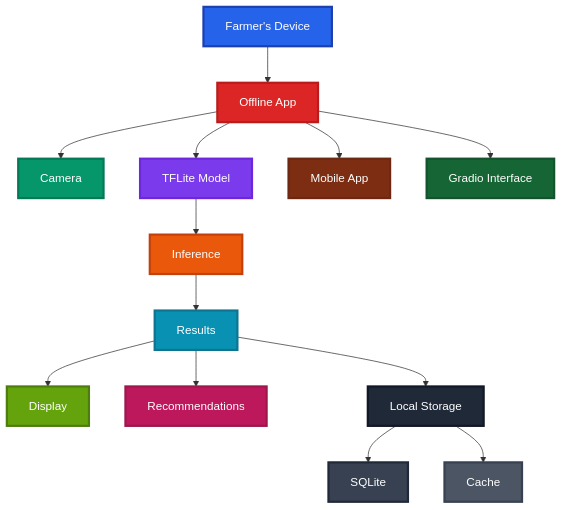
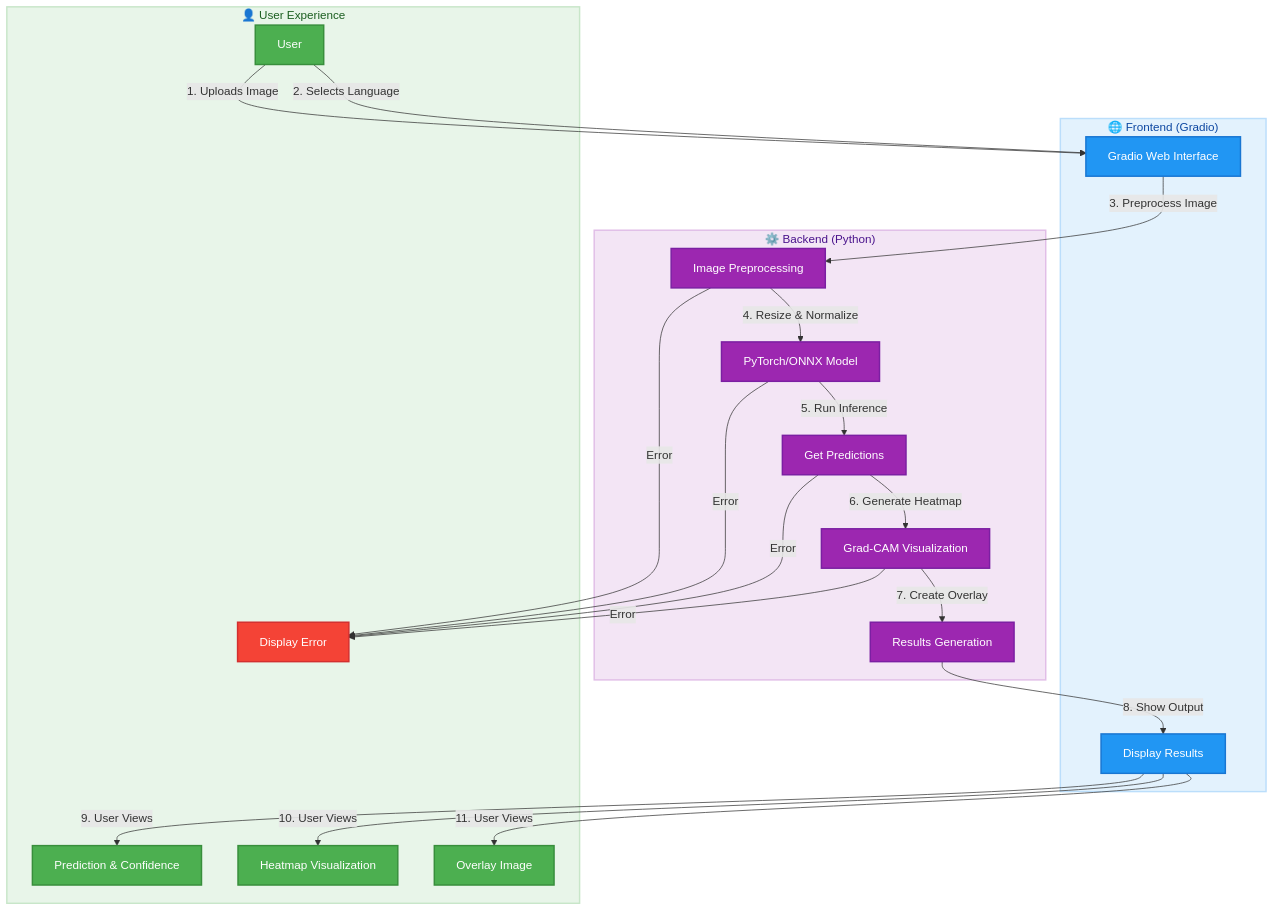
Before and after one commit to VIKAS9793/KrishiRakshak-2.0: the first of 4 diagrams in docs/ARCHITECTURE.md, drawn with Mermaid. The commit also changed other lines of this file and 5 other files, not shown here.

First line of the commit message:
docs: enhance architecture and quickstart documentation with detailed AI/ML explanations and visualizations

````diff
--- a/docs/ARCHITECTURE.md
+++ b/docs/ARCHITECTURE.md
@@ -26,30 +96,67 @@
 ```mermaid
-graph TD
-    A[Farmer's Device] --> B[Offline App]
-    B --> C[Camera]
-    B --> D[TFLite Model]
-    D --> E[Inference]
-    E --> F[Results]
-    F --> G[Display]
-    F --> H[Recommendations]
-    F --> I[Local Storage]
+flowchart TD
+    %% User Interaction
+    A[User] -->|1. Uploads Image| B[Gradio Web Interface]
+    A -->|2. Selects Language| B
     
-    I --> J[SQLite]
-    I --> K[Cache]
-    B --> L[Mobile App]
-    B --> M[Gradio Interface]
-
-    style A fill:#2563eb,stroke:#1e40af,stroke-width:3px,color:#ffffff
-    style B fill:#dc2626,stroke:#b91c1c,stroke-width:3px,color:#ffffff
-    style C fill:#059669,stroke:#047857,stroke-width:3px,color:#ffffff
-    style D fill:#7c3aed,stroke:#6d28d9,stroke-width:3px,color:#ffffff
-    style E fill:#ea580c,stroke:#c2410c,stroke-width:3px,color:#ffffff
-    style F fill:#0891b2,stroke:#0e7490,stroke-width:3px,color:#ffffff
-    style G fill:#65a30d,stroke:#4d7c0f,stroke-width:3px,color:#ffffff
-    style H fill:#be185d,stroke:#9d174d,stroke-width:3px,color:#ffffff
-    style I fill:#1f2937,stroke:#111827,stroke-width:3px,color:#ffffff
-    style J fill:#374151,stroke:#1f2937,stroke-width:3px,color:#ffffff
-    style K fill:#4b5563,stroke:#374151,stroke-width:3px,color:#ffffff
-    style L fill:#7c2d12,stroke:#6b2914,stroke-width:3px,color:#ffffff
-    style M fill:#166534,stroke:#14532d,stroke-width:3px,color:#ffffff
+    %% Frontend Processing
+    B -->|3. Preprocess Image| C[Image Preprocessing]
+    C -->|4. Resize & Normalize| D[PyTorch/ONNX Model]
+    
+    %% Backend Processing
+    D -->|5. Run Inference| E[Get Predictions]
+    E -->|6. Generate Heatmap| F[Grad-CAM Visualization]
+    F -->|7. Create Overlay| G[Results Generation]
+    
+    %% Display Results
+    G -->|8. Show Output| H[Display Results]
+    H -->|9. User Views| I[Prediction & Confidence]
+    H -->|10. User Views| J[Heatmap Visualization]
+    H -->|11. User Views| K[Overlay Image]
+    
+    %% Error Handling
+    C -->|Error| L[Display Error]
+    D -->|Error| L
+    E -->|Error| L
+    F -->|Error| L
+    
+    %% Subgraphs for better organization
+    subgraph Frontend["🌐 Frontend (Gradio)"]
+        B
+        H
+    end
+    
+    subgraph Backend["⚙️ Backend (Python)"]
+        C
+        D
+        E
+        F
+        G
+    end
+    
+    subgraph User["👤 User Experience"]
+        A
+        I
+        J
+        K
+        L
+    end
+    
+    %% Styling
+    classDef user fill:#4CAF50,stroke:#388E3C,color:white,stroke-width:2px
+    classDef frontend fill:#2196F3,stroke:#1976D2,color:white,stroke-width:2px
+    classDef backend fill:#9C27B0,stroke:#7B1FA2,color:white,stroke-width:2px
+    classDef process fill:#FF9800,stroke:#F57C00,color:black,stroke-width:2px
+    classDef error fill:#F44336,stroke:#D32F2F,color:white,stroke-width:2px
+    
+    %% Apply styles
+    class A,I,J,K user
+    class B,H frontend
+    class C,D,E,F,G backend
+    class L error
+    
+    %% Add some visual separation
+    style Frontend fill:#e3f2fd,stroke:#bbdefb,stroke-width:2px,color:#0d47a1
+    style Backend fill:#f3e5f5,stroke:#e1bee7,stroke-width:2px,color:#4a148c
+    style User fill:#e8f5e9,stroke:#c8e6c9,stroke-width:2px,color:#1b5e20
 ```
````
